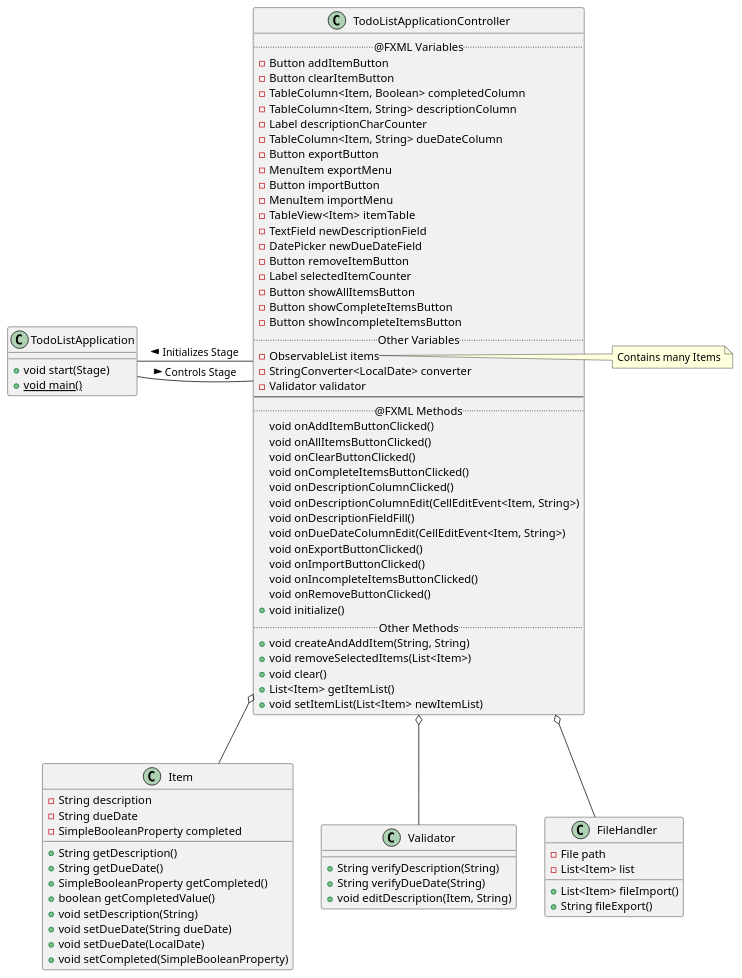
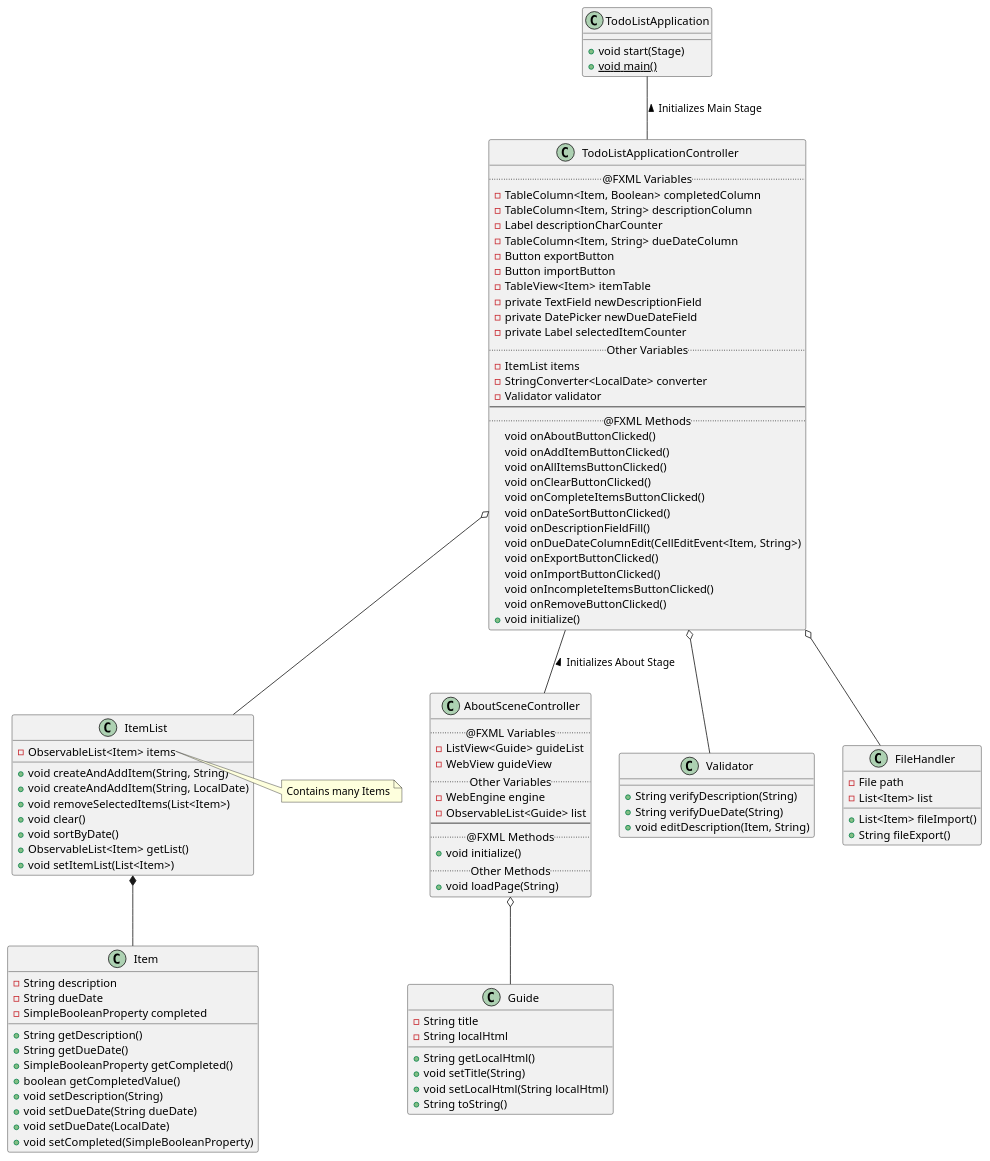
One commit to lastingParadox/To-Do-Machine changed the diagram in docs/classes.puml. Above: the diagram before and after it, drawn with PlantUML. The commit also changed 8 other files, not shown here.

Commit message:
Restructured main controller and edited PlantUML diagram.

```diff
--- a/docs/classes.puml
+++ b/docs/classes.puml
@@ -1,96 +1,118 @@
 @startuml
 
 class TodoListApplication {
     +void start(Stage)
     +{static}void main()
 }
 
 class TodoListApplicationController {
     ..@FXML Variables..
-    -Button addItemButton
-    -Button clearItemButton
     -TableColumn<Item, Boolean> completedColumn
     -TableColumn<Item, String> descriptionColumn
     -Label descriptionCharCounter
     -TableColumn<Item, String> dueDateColumn
     -Button exportButton
-    -MenuItem exportMenu
     -Button importButton
-    -MenuItem importMenu
     -TableView<Item> itemTable
-    -TextField newDescriptionField
-    -DatePicker newDueDateField
-    -Button removeItemButton
-    -Label selectedItemCounter
-    -Button showAllItemsButton
-    -Button showCompleteItemsButton
-    -Button showIncompleteItemsButton
+    -private TextField newDescriptionField
+    -private DatePicker newDueDateField
+    -private Label selectedItemCounter
     ..Other Variables..
-    -ObservableList items
+    -ItemList items
     -StringConverter<LocalDate> converter
     -Validator validator
     --
     ..@FXML Methods..
+    void onAboutButtonClicked()
     void onAddItemButtonClicked()
     void onAllItemsButtonClicked()
     void onClearButtonClicked()
     void onCompleteItemsButtonClicked()
-    void onDescriptionColumnClicked()
-    void onDescriptionColumnEdit(CellEditEvent<Item, String>)
+    void onDateSortButtonClicked()
     void onDescriptionFieldFill()
     void onDueDateColumnEdit(CellEditEvent<Item, String>)
     void onExportButtonClicked()
     void onImportButtonClicked()
     void onIncompleteItemsButtonClicked()
     void onRemoveButtonClicked()
     +void initialize()
+}
+
+class AboutSceneController {
+    ..@FXML Variables..
+    -ListView<Guide> guideList
+    -WebView guideView
+    ..Other Variables..
+    -WebEngine engine
+    -ObservableList<Guide> list
+    --
+    ..@FXML Methods..
+    +void initialize()
     ..Other Methods..
-    +void createAndAddItem(String, String)
-    +void removeSelectedItems(List<Item>)
-    +void clear()
-    +List<Item> getItemList()
-    +void setItemList(List<Item> newItemList)
+    +void loadPage(String)
 }
 
 class Item {
     -String description
     -String dueDate
     -SimpleBooleanProperty completed
 
     +String getDescription()
     +String getDueDate()
     +SimpleBooleanProperty getCompleted()
     +boolean getCompletedValue()
     +void setDescription(String)
     +void setDueDate(String dueDate)
     +void setDueDate(LocalDate)
     +void setCompleted(SimpleBooleanProperty)
 }
 
+class ItemList {
+    -ObservableList<Item> items
+
+    +void createAndAddItem(String, String)
+    +void createAndAddItem(String, LocalDate)
+    +void removeSelectedItems(List<Item>)
+    +void clear()
+    +void sortByDate()
+    +ObservableList<Item> getList()
+    +void setItemList(List<Item>)
+}
+
+class Guide {
+    -String title
+    -String localHtml
+
+    +String getLocalHtml()
+    +void setTitle(String)
+    +void setLocalHtml(String localHtml)
+    +String toString()
+}
+
 class Validator {
     +String verifyDescription(String)
     +String verifyDueDate(String)
     +void editDescription(Item, String)
 }
 
 class FileHandler {
     -File path
     -List<Item> list
 
     +List<Item> fileImport()
     +String fileExport()
 }
 
-TodoListApplication -right- TodoListApplicationController : < Initializes Stage
-TodoListApplication -right- TodoListApplicationController : > Controls Stage
-TodoListApplicationController o-- Item
+TodoListApplication -- TodoListApplicationController : < Initializes Main Stage
+TodoListApplicationController -- AboutSceneController : < Initializes About Stage
+TodoListApplicationController o-- ItemList
 TodoListApplicationController o-- Validator
 TodoListApplicationController o-- FileHandler
+ItemList *-- Item
+AboutSceneController o-- Guide
 
-note right of TodoListApplicationController::items
+note right of ItemList::items
     Contains many Items
 end note
 
-
-
 @enduml
```
